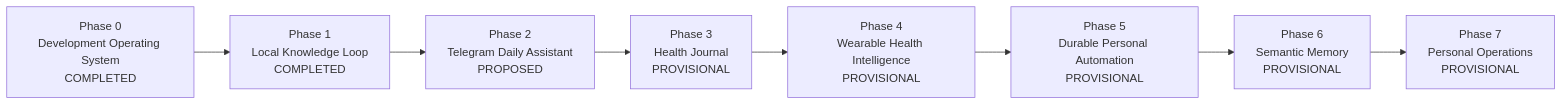
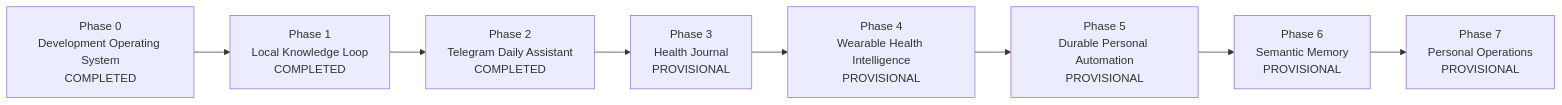
The diagram in docs/ROADMAP.md (bo-ora/PAIOS), drawn with Mermaid before and after one commit. The commit also changed other lines of this file, not shown here.

First line of the commit message:
docs: mark Phase 2 completed on the roadmap

````diff
--- a/docs/ROADMAP.md
+++ b/docs/ROADMAP.md
@@ -27,13 +30,13 @@
 ```mermaid
 flowchart LR
     P0["Phase 0<br/>Development Operating System<br/>COMPLETED"]
     P1["Phase 1<br/>Local Knowledge Loop<br/>COMPLETED"]
-    P2["Phase 2<br/>Telegram Daily Assistant<br/>PROPOSED"]
+    P2["Phase 2<br/>Telegram Daily Assistant<br/>COMPLETED"]
     P3["Phase 3<br/>Health Journal<br/>PROVISIONAL"]
     P4["Phase 4<br/>Wearable Health Intelligence<br/>PROVISIONAL"]
     P5["Phase 5<br/>Durable Personal Automation<br/>PROVISIONAL"]
     P6["Phase 6<br/>Semantic Memory<br/>PROVISIONAL"]
     P7["Phase 7<br/>Personal Operations<br/>PROVISIONAL"]
 
     P0 --> P1 --> P2 --> P3 --> P4 --> P5 --> P6 --> P7
 ```
````
